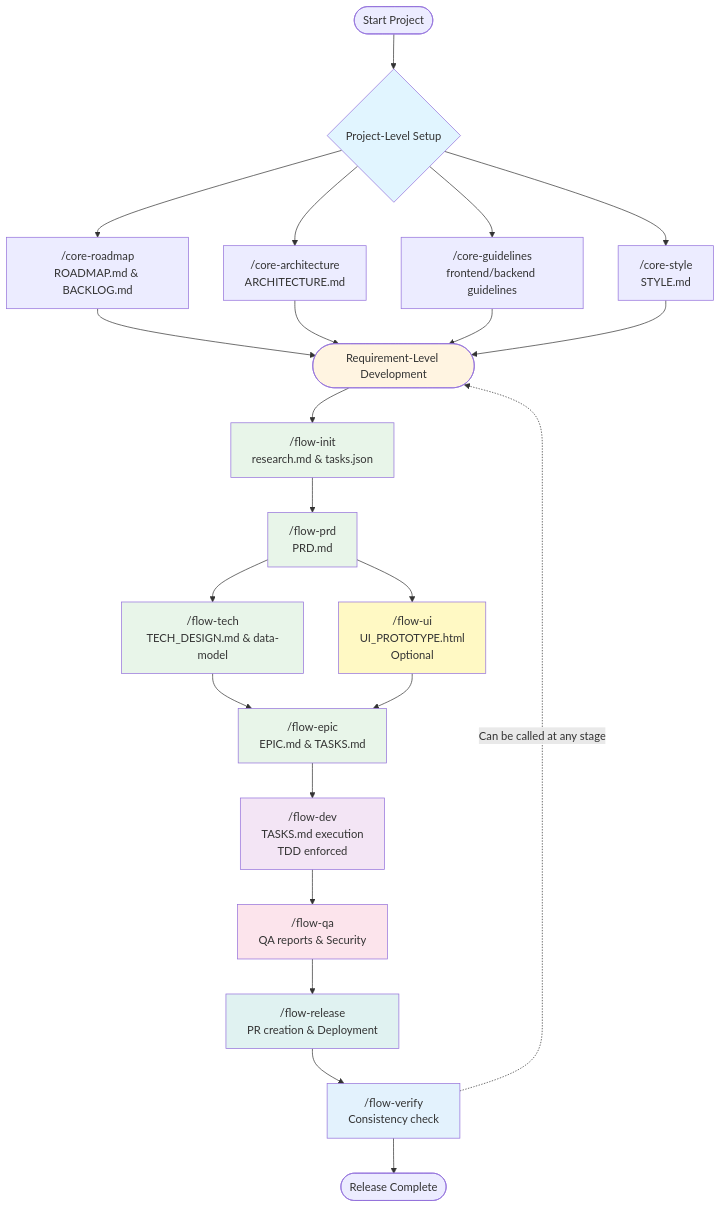
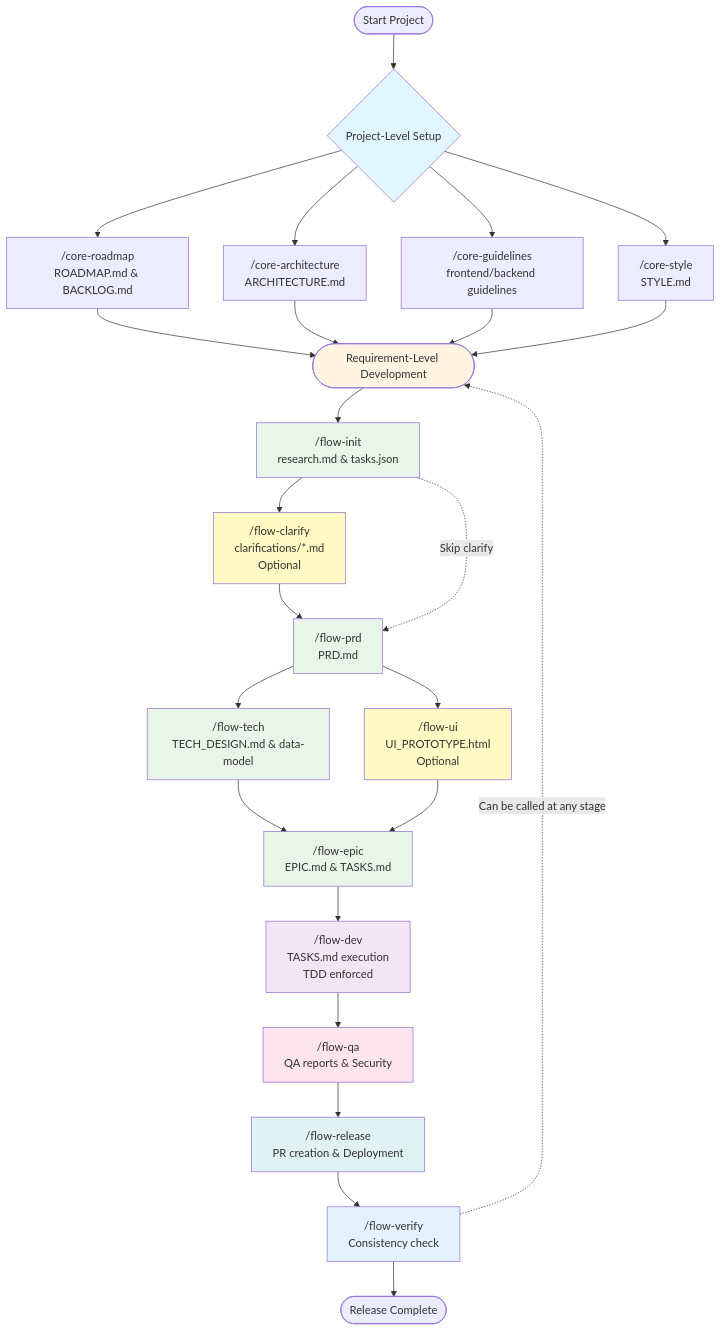
One commit to Dimon94/cc-devflow changed the diagram in README.md. Above: the diagram before and after it, drawn with Mermaid. The commit also changed other lines of this file and 1 other file, not shown here.

Commit message:
docs: 更新工作流文档添加 /flow-clarify 命令
SKILL.md:
- 工作流图添加 /flow-clarify 节点 (flow-init 和 flow-prd 之间)
- 添加 Agent Delegation Guide: clarify-analyst agent
- 更新 Phase Gates: Entry/Exit gates for flow-clarify
- 更新 State Machine: initialized → clarify_complete 状态转换
- 添加 Troubleshooting routing

README.md:
- 命令表格添加 /flow-clarify
- 场景决策树添加 clarify 选项
- Mermaid 工作流图添加 FlowClarify 节点
- Sub-Agents Workflow 添加 clarify-analyst
- Workflow Notes 更新可选步骤说明

🤖 Generated with [Claude Code](https://claude.com/claude-code)

````diff
--- a/README.md
+++ b/README.md
@@ -229,47 +231,50 @@
 ```mermaid
 graph TB
     Start([Start Project]) --> ProjectLevel{Project-Level Setup}
     
     ProjectLevel --> CoreRoadmap["/core-roadmap<br/>ROADMAP.md & BACKLOG.md"]
     ProjectLevel --> CoreArch["/core-architecture<br/>ARCHITECTURE.md"]
     ProjectLevel --> CoreGuidelines["/core-guidelines<br/>frontend/backend guidelines"]
     ProjectLevel --> CoreStyle["/core-style<br/>STYLE.md"]
     
     CoreRoadmap --> ReqLevel
     CoreArch --> ReqLevel
     CoreGuidelines --> ReqLevel
     CoreStyle --> ReqLevel
     
     ReqLevel([Requirement-Level Development]) --> FlowInit["/flow-init<br/>research.md & tasks.json"]
     
-    FlowInit --> FlowPRD["/flow-prd<br/>PRD.md"]
+    FlowInit --> FlowClarify["/flow-clarify<br/>clarifications/*.md<br/>Optional"]
+    FlowClarify --> FlowPRD["/flow-prd<br/>PRD.md"]
+    FlowInit -.->|Skip clarify| FlowPRD
     FlowPRD --> FlowTech["/flow-tech<br/>TECH_DESIGN.md & data-model"]
     FlowPRD --> FlowUI["/flow-ui<br/>UI_PROTOTYPE.html<br/>Optional"]
     
     FlowTech --> FlowEpic["/flow-epic<br/>EPIC.md & TASKS.md"]
     FlowUI --> FlowEpic
     
     FlowEpic --> FlowDev["/flow-dev<br/>TASKS.md execution<br/>TDD enforced"]
     
     FlowDev --> FlowQA["/flow-qa<br/>QA reports & Security"]
     
     FlowQA --> FlowRelease["/flow-release<br/>PR creation & Deployment"]
     
     FlowRelease --> FlowVerify["/flow-verify<br/>Consistency check"]
     
     FlowVerify --> End([Release Complete])
     
     FlowVerify -.->|Can be called at any stage| ReqLevel
     
     style ProjectLevel fill:#e1f5ff
     style ReqLevel fill:#fff4e1
     style FlowInit fill:#e8f5e9
+    style FlowClarify fill:#fff9c4
     style FlowPRD fill:#e8f5e9
     style FlowTech fill:#e8f5e9
     style FlowUI fill:#fff9c4
     style FlowEpic fill:#e8f5e9
     style FlowDev fill:#f3e5f5
     style FlowQA fill:#fce4ec
     style FlowRelease fill:#e0f2f1
     style FlowVerify fill:#e3f2fd
 ```
````
